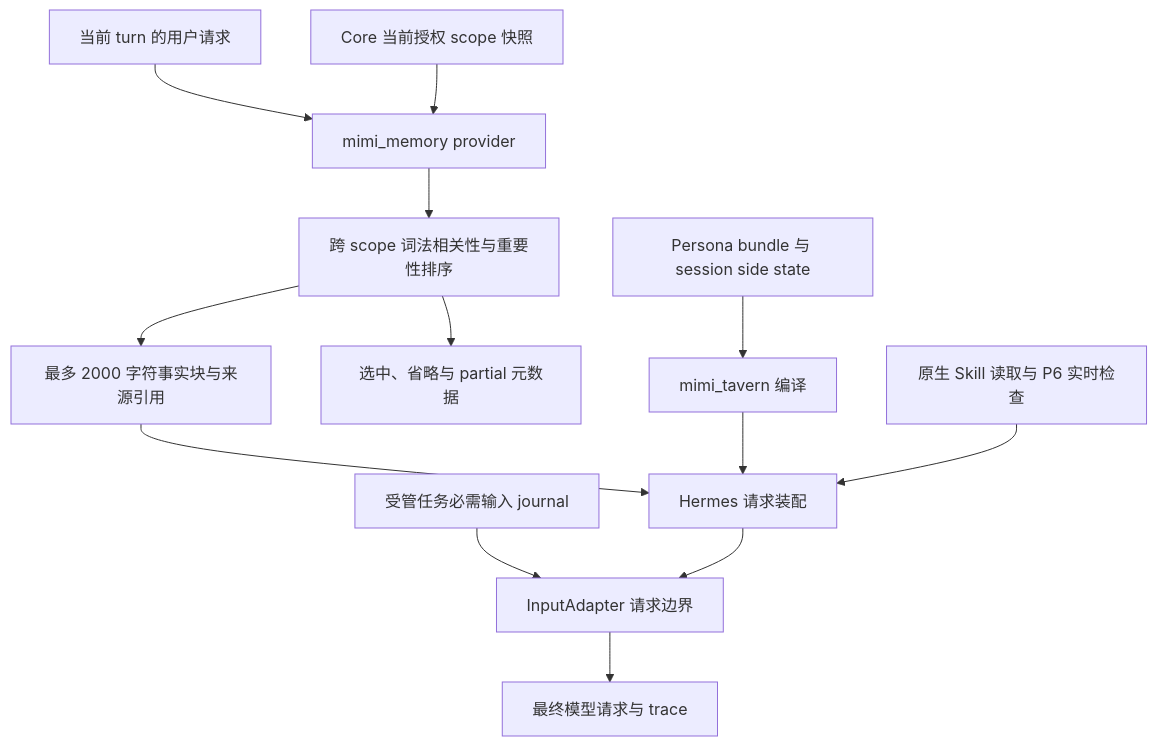
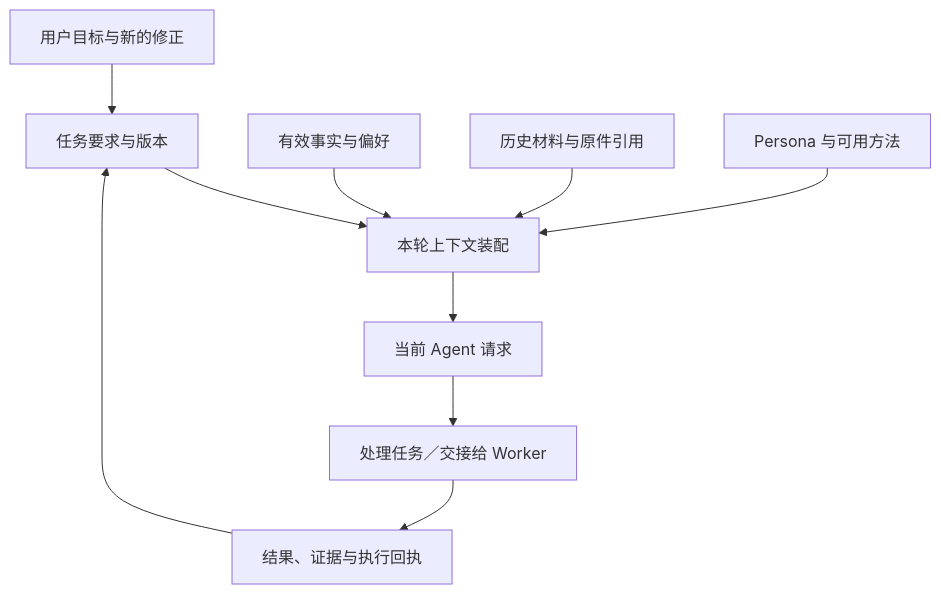
One commit to mor765504-gif/MGRS changed the diagram in docs/003-context-and-memory.md. Above: the diagram before and after it, drawn with Mermaid. The commit also changed other lines of this file, not shown here.

````diff
--- a/docs/003-context-and-memory.md
+++ b/docs/003-context-and-memory.md
@@ -57,15 +47,12 @@
 ```mermaid
 flowchart TD
-    Query["当前 turn 的用户请求"] --> Provider["mimi_memory provider"]
-    Core["Core 当前授权 scope 快照"] --> Provider
-    Provider --> Rank["跨 scope 词法相关性与重要性排序"]
-    Rank --> Facts["最多 2000 字符事实块与来源引用"]
-    Rank --> Report["选中、省略与 partial 元数据"]
-    Bundle["Persona bundle 与 session side state"] --> Tavern["mimi_tavern 编译"]
-    Inbox["受管任务必需输入 journal"] --> Input["InputAdapter 请求边界"]
-    Facts --> Request["Hermes 请求装配"]
-    Tavern --> Request
-    Skills["原生 Skill 读取与 P6 实时检查"] --> Request
-    Request --> Input
-    Input --> Final["最终模型请求与 trace"]
+    U["用户目标与新的修正"] --> T["任务要求与版本"]
+    M["有效事实与偏好"] --> A["本轮上下文装配"]
+    T --> A
+    H["历史材料与原件引用"] --> A
+    P["Persona 与可用方法"] --> A
+    A --> R["当前 Agent 请求"]
+    R --> W["处理任务／交接给 Worker"]
+    W --> E["结果、证据与执行回执"]
+    E --> T
 ```
````
